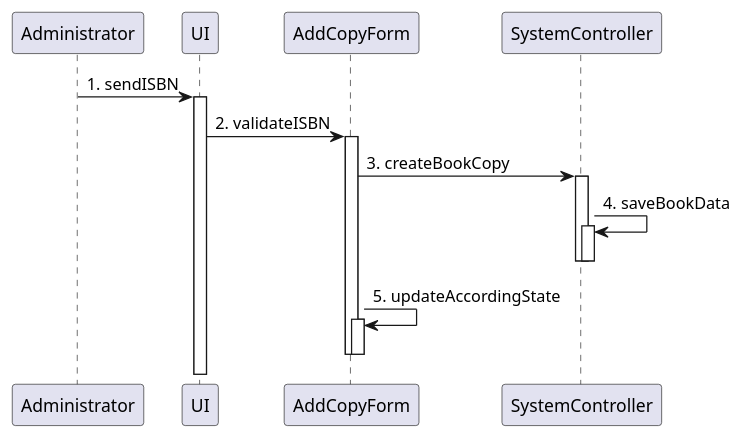
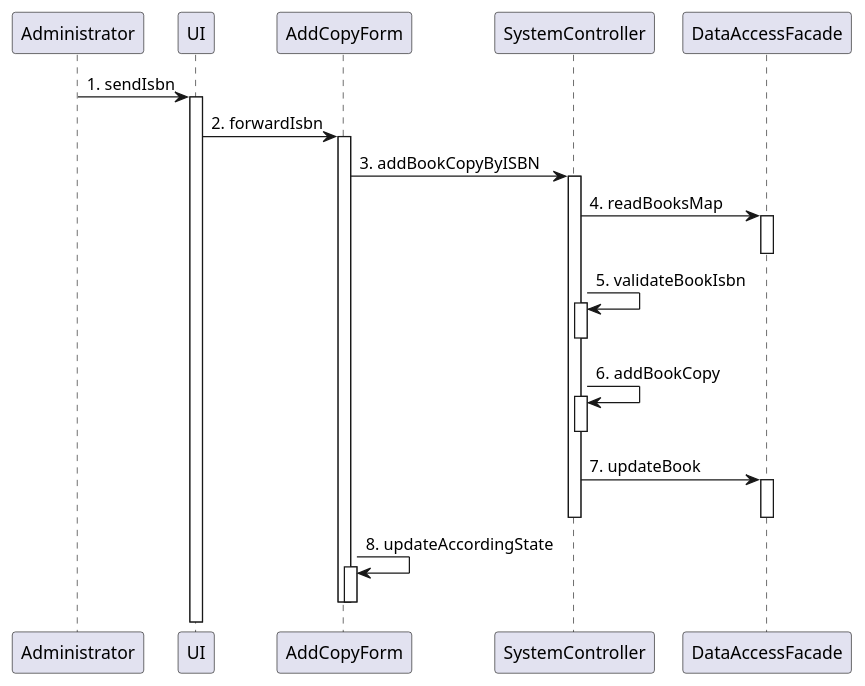
One commit to vohoangxuan/LibraryProject changed the diagram in doc/UC4_seq copy.puml. Above: the diagram before and after it, drawn with PlantUML. The commit also changed 11 other files, not shown here.

```diff
--- a/doc/UC4_seq copy.puml
+++ b/doc/UC4_seq copy.puml
@@ -1,21 +1,27 @@
 @startuml
 participant Administrator
 
-Administrator -> UI: 1. sendISBN
+Administrator -> UI: 1. sendIsbn
 activate UI
-UI -> AddCopyForm: 2. validateISBN
+UI -> AddCopyForm: 2. forwardIsbn
 activate AddCopyForm
-AddCopyForm -> SystemController: 3. createBookCopy
+AddCopyForm -> SystemController: 3. addBookCopyByISBN
 activate SystemController
-' deactivate AddCopyForm
-SystemController -> SystemController: 4. saveBookData
+SystemController -> DataAccessFacade: 4. readBooksMap
+activate DataAccessFacade
+deactivate DataAccessFacade
+SystemController -> SystemController: 5. validateBookIsbn
 activate SystemController
-' SystemController -> SystemController: 5. Update according db
-' activate SystemController
 deactivate SystemController
+SystemController -> SystemController: 6. addBookCopy
+activate SystemController
 deactivate SystemController
-AddCopyForm -> AddCopyForm: 5. updateAccordingState
+SystemController -> DataAccessFacade: 7. updateBook
+activate DataAccessFacade
+deactivate DataAccessFacade
+deactivate SystemController
+AddCopyForm -> AddCopyForm: 8. updateAccordingState
 activate AddCopyForm
 deactivate AddCopyForm
 deactivate AddCopyForm
 @enduml
```
